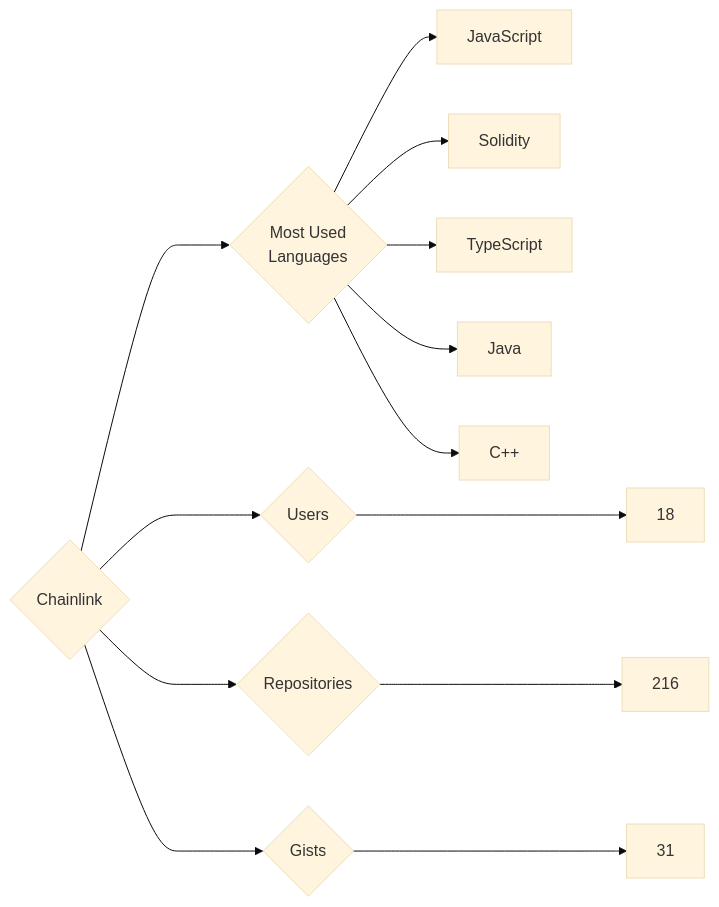
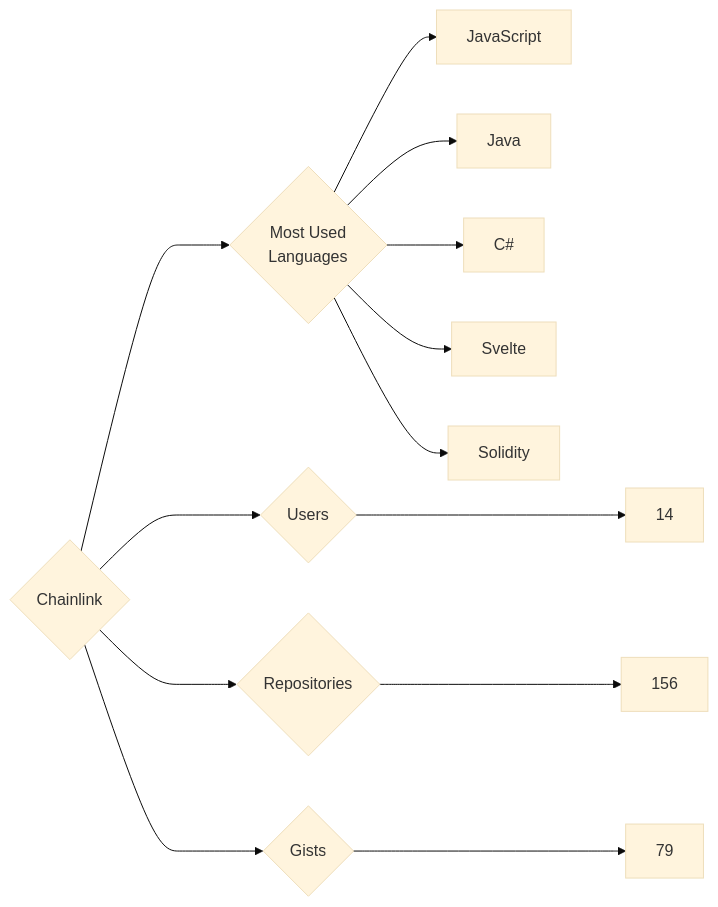
Before and after one commit to trickest/insiders: the diagram in targets/Chainlink/README.md, drawn with Mermaid (base theme). The commit also changed 773 other files, not shown here.

````diff
--- a/targets/Chainlink/README.md
+++ b/targets/Chainlink/README.md
@@ -3,13 +3,13 @@
 ```mermaid
 graph LR
 COMPANY_NAME{Chainlink}
-COMPANY_NAME ---> U{Users} ---> UN[18]
-COMPANY_NAME ---> R{Repositories} ---> RN[216]
-COMPANY_NAME ---> G{Gists} ---> GN[31]
+COMPANY_NAME ---> U{Users} ---> UN[14]
+COMPANY_NAME ---> R{Repositories} ---> RN[156]
+COMPANY_NAME ---> G{Gists} ---> GN[79]
 COMPANY_NAME ---> ML{Most Used<br>Languages}
 ML --> JavaScript[JavaScript]
+ML --> Java[Java]
+ML --> C#[C#]
+ML --> Svelte[Svelte]
 ML --> Solidity[Solidity]
-ML --> TypeScript[TypeScript]
-ML --> Java[Java]
-ML --> C++[C++]
 ```
````
